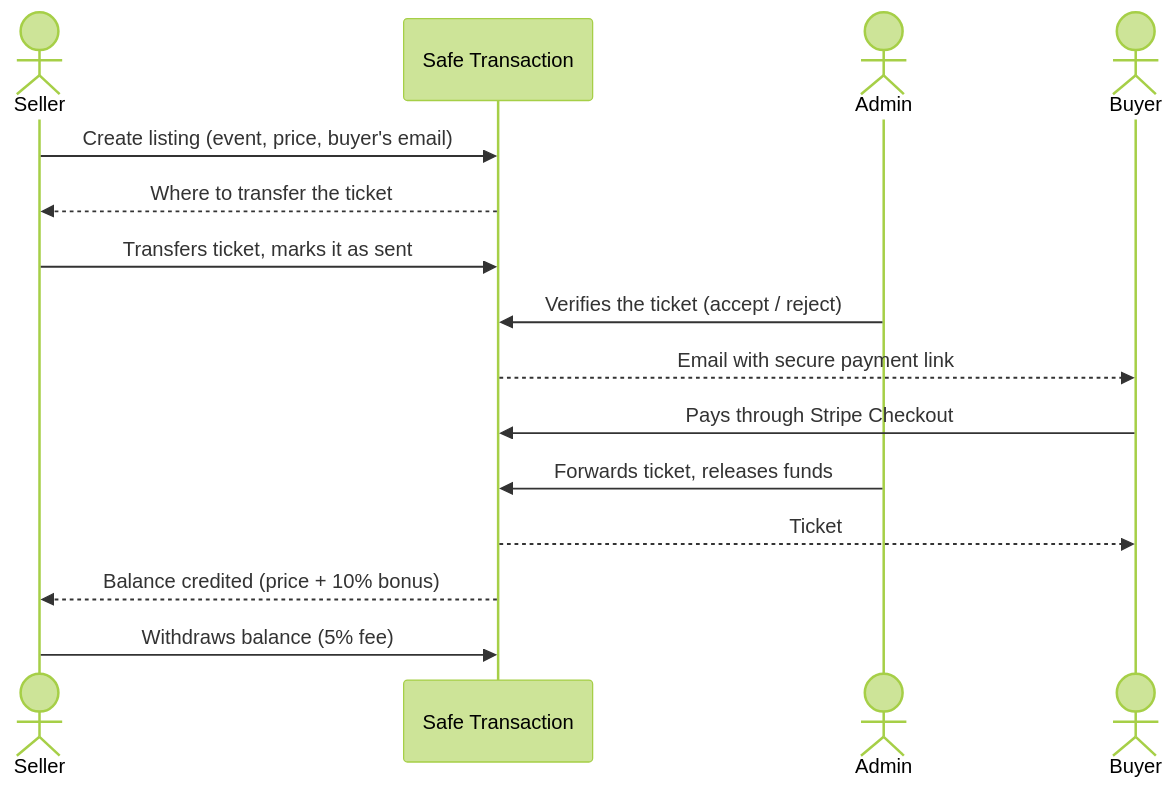
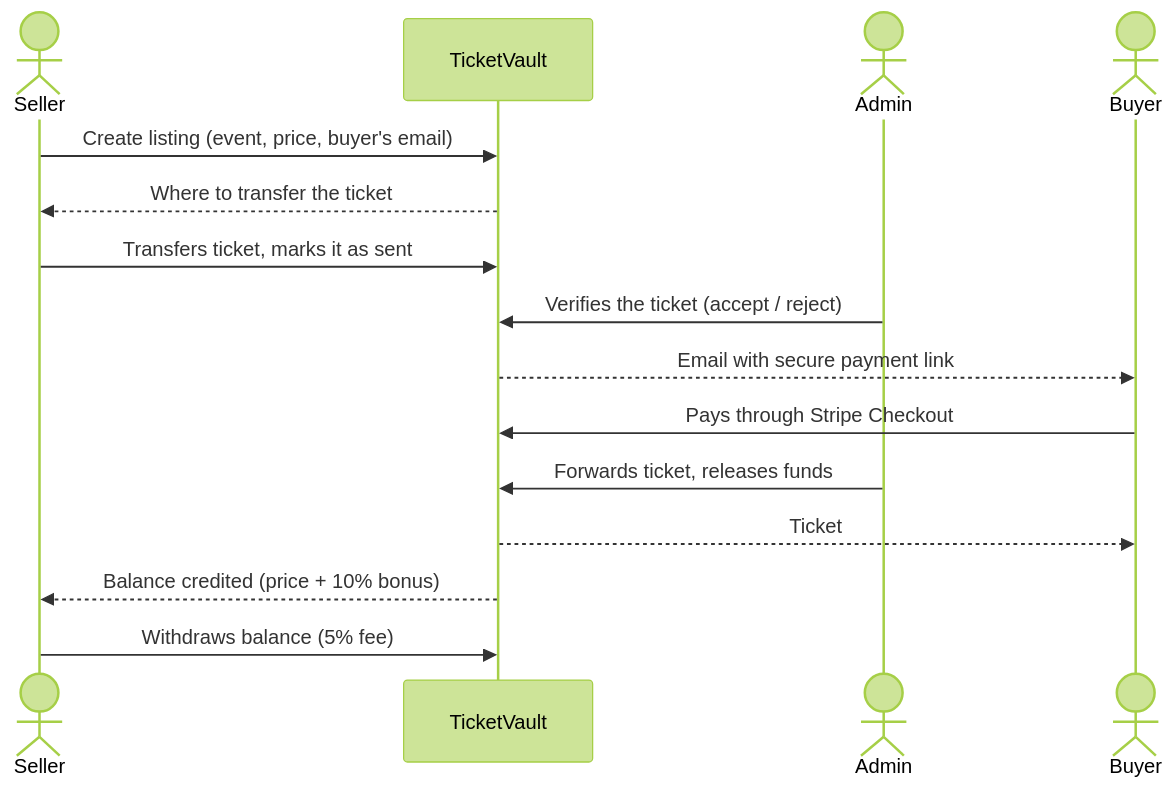
The diagram in README.md (sanjivp2703/TicketVault), drawn with Mermaid (forest theme) before and after one commit. The commit also changed other lines of this file and 67 other files, not shown here.

First line of the commit message:
Rename the product to TicketVault

````diff
--- a/README.md
+++ b/README.md
@@ -33,18 +33,18 @@
 ```mermaid
 sequenceDiagram
     actor Seller
-    participant ST as Safe Transaction
+    participant ST as TicketVault
     actor Admin
     actor Buyer
 
     Seller->>ST: Create listing (event, price, buyer's email)
     ST-->>Seller: Where to transfer the ticket
     Seller->>ST: Transfers ticket, marks it as sent
     Admin->>ST: Verifies the ticket (accept / reject)
     ST-->>Buyer: Email with secure payment link
     Buyer->>ST: Pays through Stripe Checkout
     Admin->>ST: Forwards ticket, releases funds
     ST-->>Buyer: Ticket
     ST-->>Seller: Balance credited (price + 10% bonus)
     Seller->>ST: Withdraws balance (5% fee)
 ```
````
